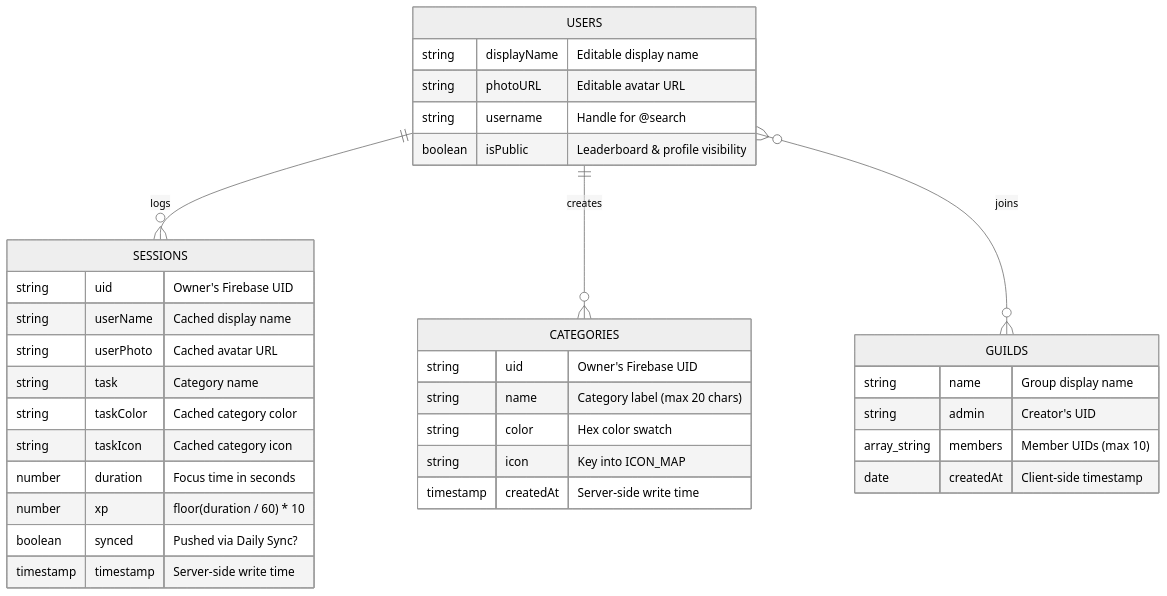
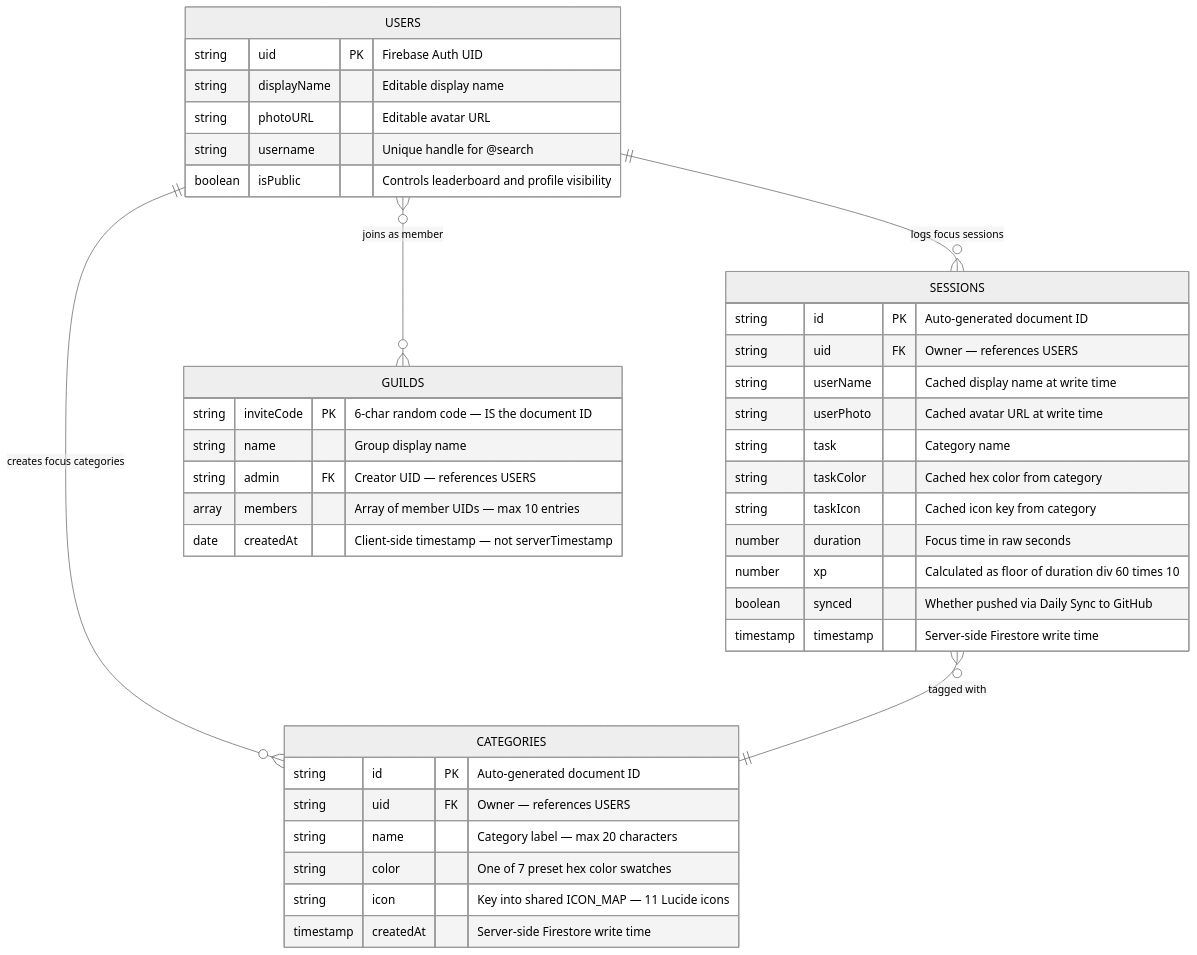
The third of 3 diagrams in README.md (yuvrajshrirame/verto), drawn with Mermaid (neutral theme) before and after one commit. The commit also changed other lines of this file, not shown here.

Commit message:
docs: improve diagram readability

````diff
--- a/README.md
+++ b/README.md
@@ -352,41 +345,46 @@
 ```mermaid
 erDiagram
+    USERS ||--o{ SESSIONS : "logs focus sessions"
+    USERS ||--o{ CATEGORIES : "creates focus categories"
+    USERS }o--o{ GUILDS : "joins as member"
+    SESSIONS }o--|| CATEGORIES : "tagged with"
+
     USERS {
+        string uid PK "Firebase Auth UID"
         string displayName "Editable display name"
         string photoURL "Editable avatar URL"
-        string username "Handle for @search"
-        boolean isPublic "Leaderboard & profile visibility"
+        string username "Unique handle for @search"
+        boolean isPublic "Controls leaderboard and profile visibility"
     }
 
     SESSIONS {
-        string uid "Owner's Firebase UID"
-        string userName "Cached display name"
-        string userPhoto "Cached avatar URL"
+        string id PK "Auto-generated document ID"
+        string uid FK "Owner — references USERS"
+        string userName "Cached display name at write time"
+        string userPhoto "Cached avatar URL at write time"
         string task "Category name"
-        string taskColor "Cached category color"
-        string taskIcon "Cached category icon"
-        number duration "Focus time in seconds"
-        number xp "floor(duration / 60) * 10"
-        boolean synced "Pushed via Daily Sync?"
-        timestamp timestamp "Server-side write time"
+        string taskColor "Cached hex color from category"
+        string taskIcon "Cached icon key from category"
+        number duration "Focus time in raw seconds"
+        number xp "Calculated as floor of duration div 60 times 10"
+        boolean synced "Whether pushed via Daily Sync to GitHub"
+        timestamp timestamp "Server-side Firestore write time"
     }
 
     CATEGORIES {
-        string uid "Owner's Firebase UID"
-        string name "Category label (max 20 chars)"
-        string color "Hex color swatch"
-        string icon "Key into ICON_MAP"
-        timestamp createdAt "Server-side write time"
+        string id PK "Auto-generated document ID"
+        string uid FK "Owner — references USERS"
+        string name "Category label — max 20 characters"
+        string color "One of 7 preset hex color swatches"
+        string icon "Key into shared ICON_MAP — 11 Lucide icons"
+        timestamp createdAt "Server-side Firestore write time"
     }
 
     GUILDS {
+        string inviteCode PK "6-char random code — IS the document ID"
         string name "Group display name"
-        string admin "Creator's UID"
-        array_string members "Member UIDs (max 10)"
-        date createdAt "Client-side timestamp"
+        string admin FK "Creator UID — references USERS"
+        array members "Array of member UIDs — max 10 entries"
+        date createdAt "Client-side timestamp — not serverTimestamp"
     }
-
-    USERS ||--o{ SESSIONS : "logs"
-    USERS ||--o{ CATEGORIES : "creates"
-    USERS }o--o{ GUILDS : "joins"
 ```
````
